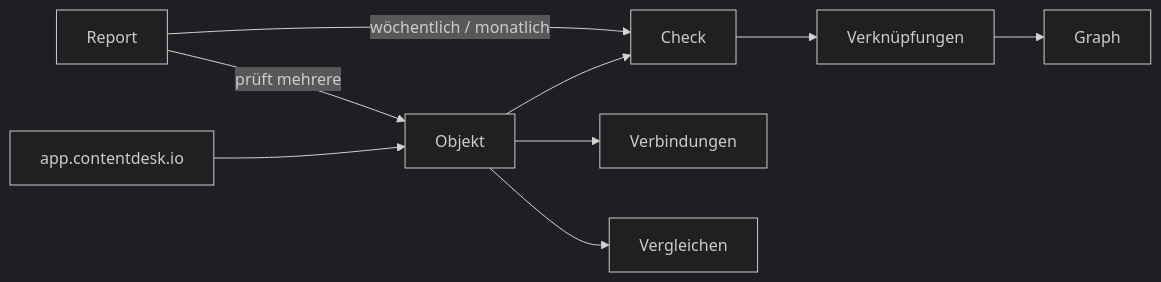
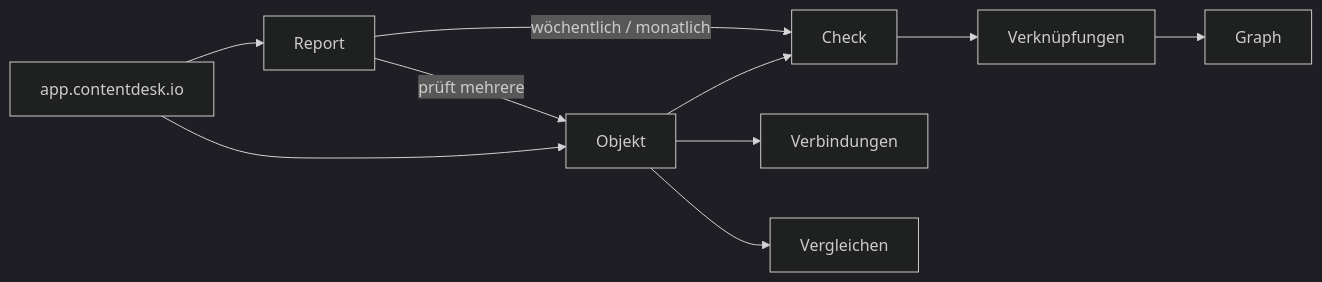
Before and after one commit to tsolenthaler/docs.contentdesk.io: the first of 2 diagrams in docs/connect/app.contentdesk.io/index.md, drawn with Mermaid (dark theme). The commit also changed other lines of this file, not shown here.

Commit message:
Refactor navigation in mkdocs.yml and hide navigation in app.contentdesk.io index.md

````diff
--- a/docs/connect/app.contentdesk.io/index.md
+++ b/docs/connect/app.contentdesk.io/index.md
@@ -6,11 +12,12 @@
 ``` mermaid
 flowchart LR
     app.contentdesk.io-->Objekt
+    app.contentdesk.io-->Report
     Objekt-->Check
     Report-->|prüft mehrere|Objekt
     Report-->|wöchentlich / monatlich|Check
     Check-->AssociationType[Verknüpfungen]
     AssociationType[Verknüpfungen]-->Graph
     Objekt-->Connect[Verbindungen]
     Objekt-->Compare[Vergleichen]
 ```
````
